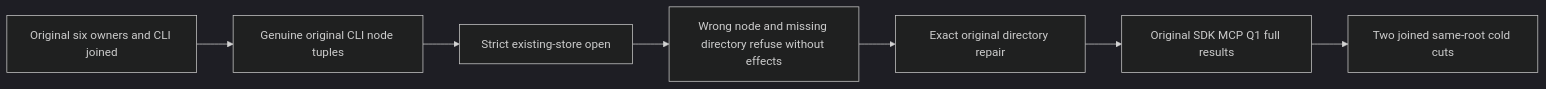
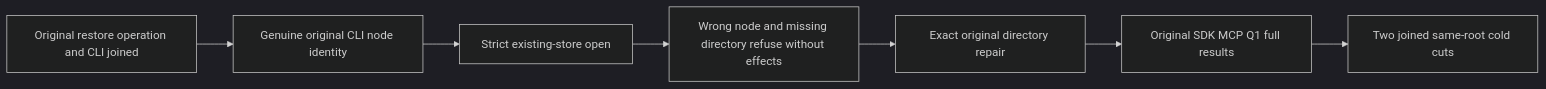
Before and after one commit to managedcode/KeyLoad: the diagram in docs/Features/BackupRestore/NativeRestoredTargetRead.md, drawn with Mermaid (dark theme). The commit also changed other lines of this file and 7356 other files, not shown here.

````diff
--- a/docs/Features/BackupRestore/NativeRestoredTargetRead.md
+++ b/docs/Features/BackupRestore/NativeRestoredTargetRead.md
@@ -15,9 +15,9 @@
 ```mermaid
 flowchart LR
-  Join[Original six owners and CLI joined] --> Receipt[Genuine original CLI node tuples]
+  Join[Original restore operation and CLI joined] --> Receipt[Genuine original CLI node identity]
   Receipt --> Strict[Strict existing-store open]
   Strict --> Refuse[Wrong node and missing directory refuse without effects]
   Refuse --> Repair[Exact original directory repair]
   Repair --> Public[Original SDK MCP Q1 full results]
   Public --> Cold[Two joined same-root cold cuts]
 ```
````
